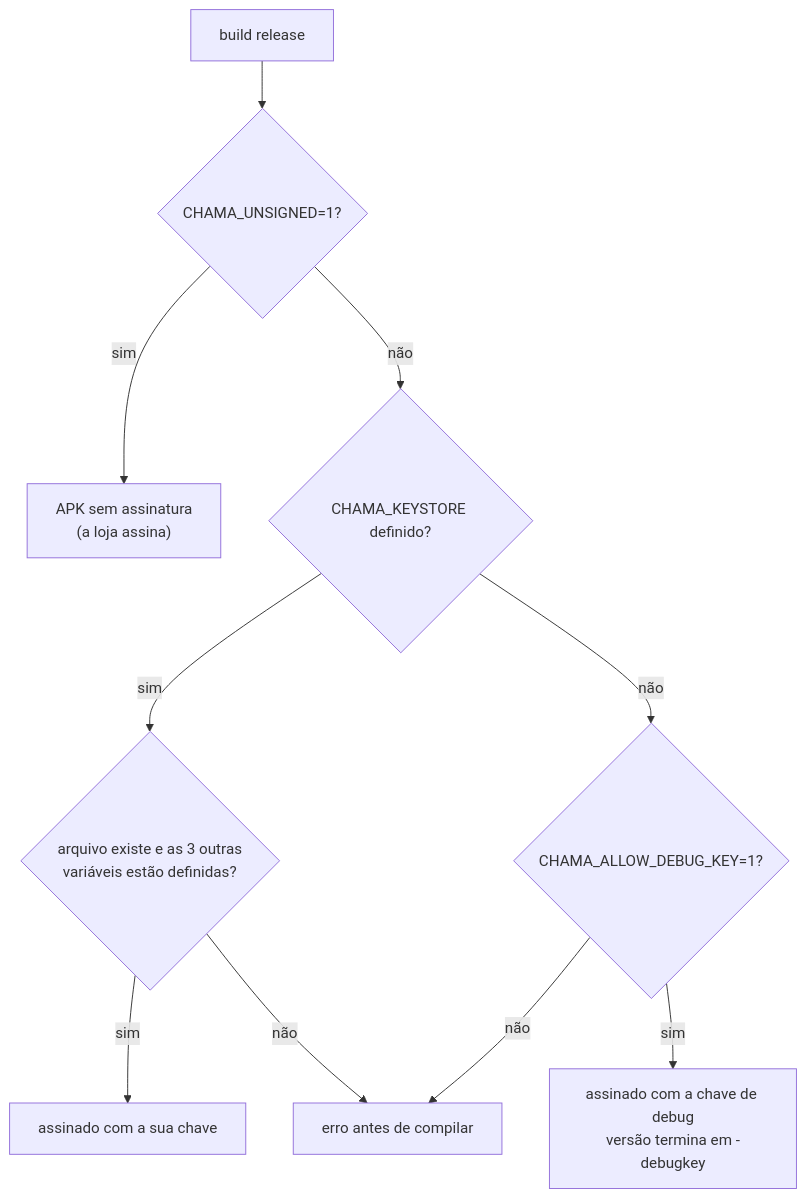
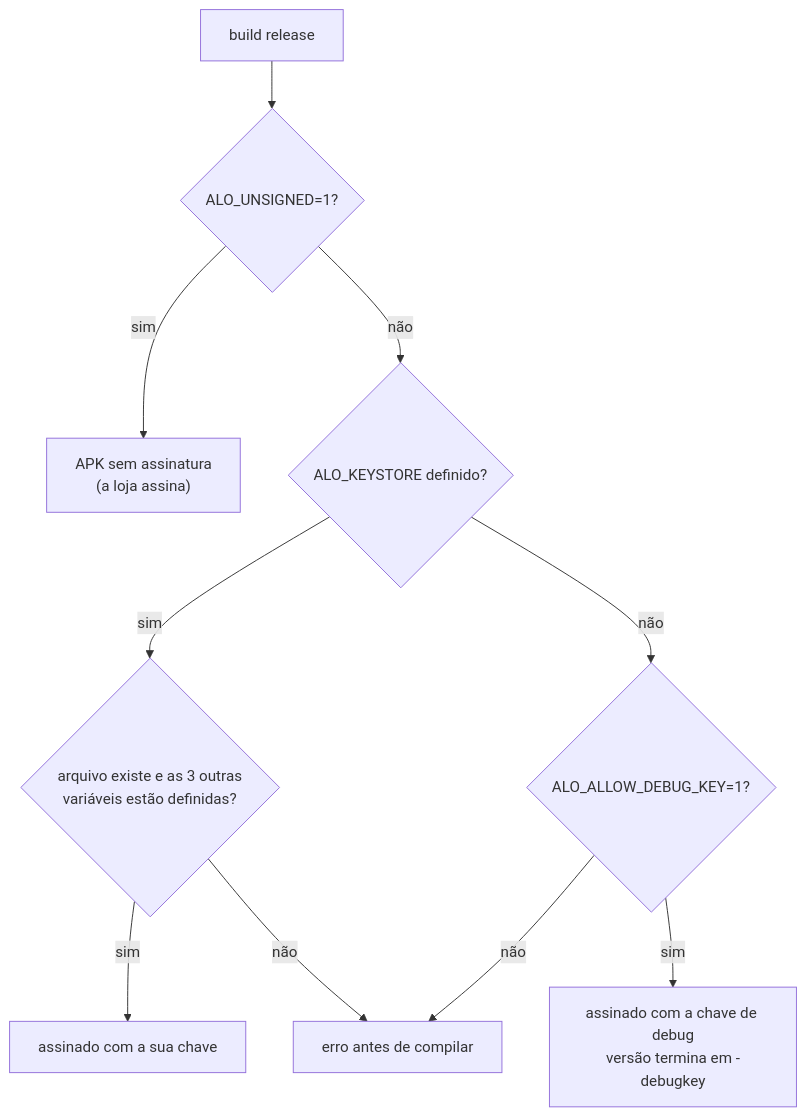
The fifth of 5 diagrams in docs/desenvolvimento.md (kaiomp/alo), drawn with Mermaid before and after one commit. The commit also changed other lines of this file and 153 other files, not shown here.

First line of the commit message:
Rename chama to alo across code, packages, server and docs

````diff
--- a/docs/desenvolvimento.md
+++ b/docs/desenvolvimento.md
@@ -703,12 +703,12 @@
 ```mermaid
 flowchart TD
-    A["build release"] --> B{"CHAMA_UNSIGNED=1?"}
+    A["build release"] --> B{"ALO_UNSIGNED=1?"}
     B -- sim --> U["APK sem assinatura<br/>(a loja assina)"]
-    B -- não --> C{"CHAMA_KEYSTORE definido?"}
+    B -- não --> C{"ALO_KEYSTORE definido?"}
     C -- sim --> D{"arquivo existe e as 3 outras<br/>variáveis estão definidas?"}
     D -- sim --> S["assinado com a sua chave"]
     D -- não --> E["erro antes de compilar"]
-    C -- não --> F{"CHAMA_ALLOW_DEBUG_KEY=1?"}
+    C -- não --> F{"ALO_ALLOW_DEBUG_KEY=1?"}
     F -- sim --> G["assinado com a chave de debug<br/>versão termina em -debugkey"]
     F -- não --> E
 ```
````
